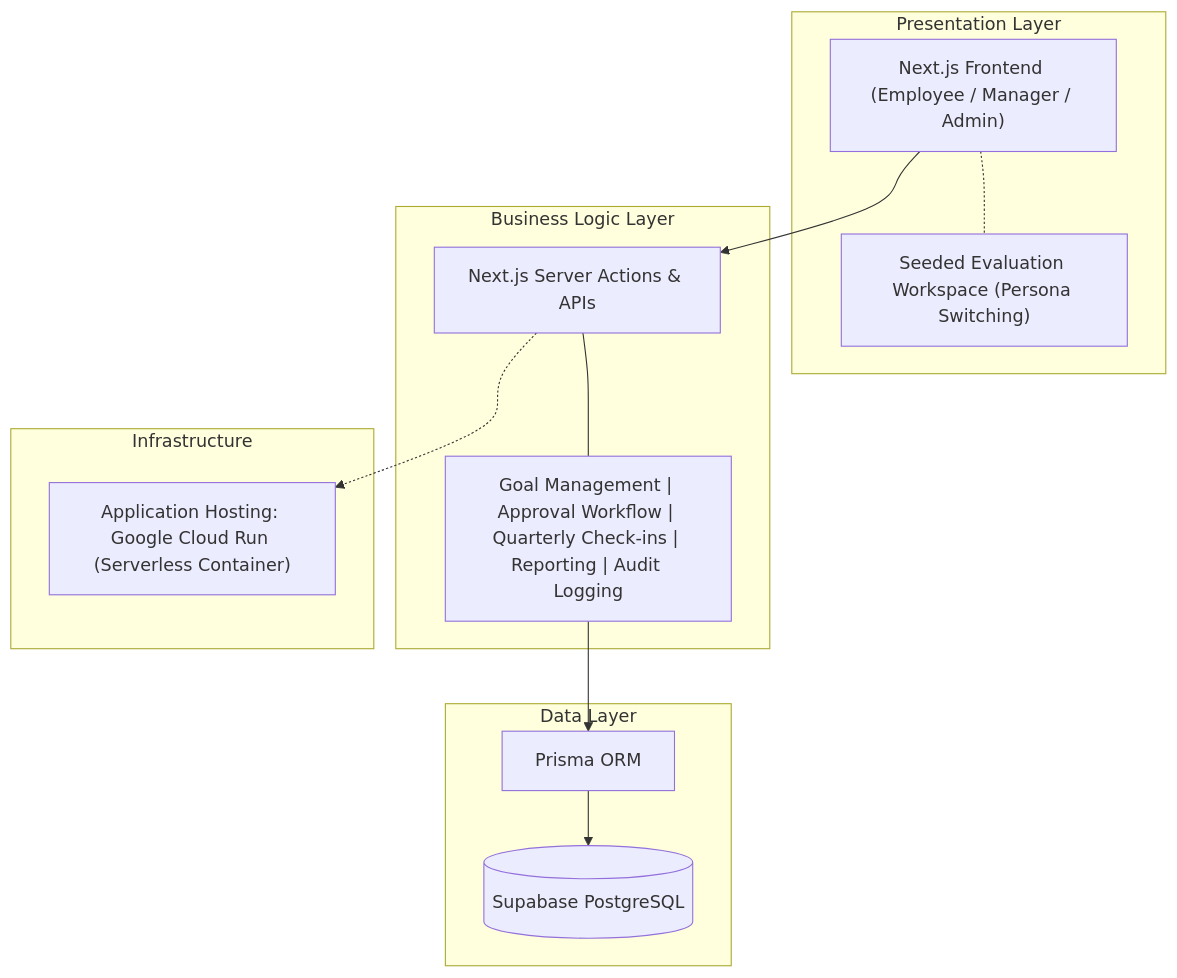
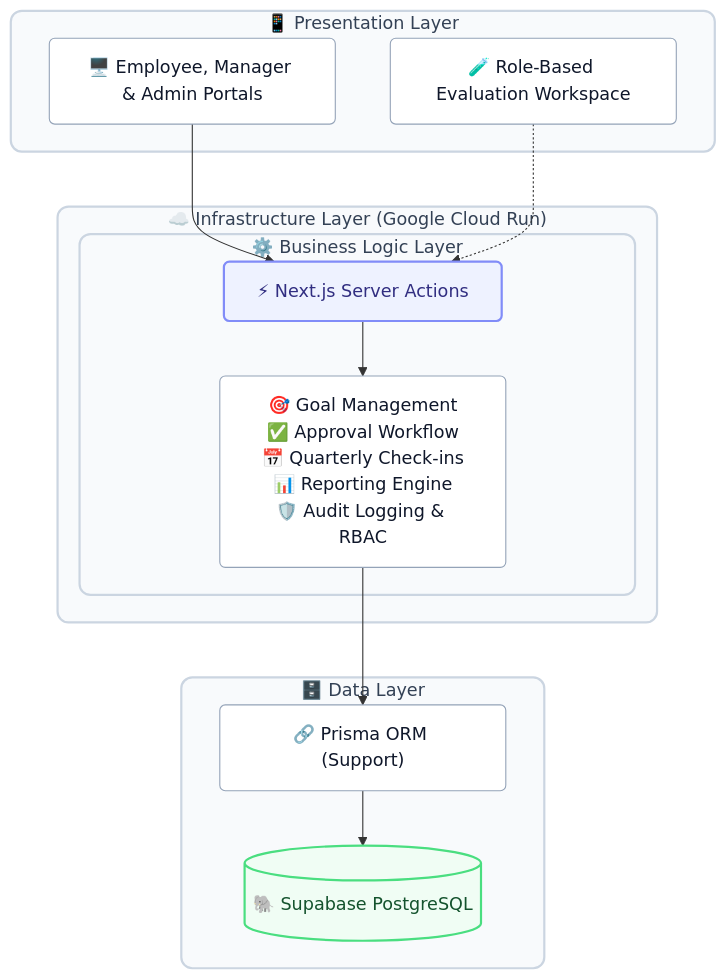
One commit to prakyath006/Velora changed the diagram in README.md. Above: the diagram before and after it, drawn with Mermaid.

Commit message:
Finalize professional architecture diagram with hierarchical UI wrapping and emojis

````diff
--- a/README.md
+++ b/README.md
@@ -12,35 +12,36 @@
 ```mermaid
 graph TD
+    classDef layer fill:#f8fafc,stroke:#cbd5e1,stroke-width:2px,color:#334155,rx:10,ry:10;
+    classDef nodeBox fill:#ffffff,stroke:#94a3b8,stroke-width:1px,color:#0f172a,rx:5,ry:5;
+    classDef accent fill:#eef2ff,stroke:#818cf8,stroke-width:2px,color:#312e81,rx:5,ry:5;
+    classDef db fill:#f0fdf4,stroke:#4ade80,stroke-width:2px,color:#14532d;
+
     %% Presentation Layer
-    subgraph "Presentation Layer"
-        UI["Next.js Frontend (Employee / Manager / Admin)"]
-        Eval["Seeded Evaluation Workspace (Persona Switching)"]
-        UI -.- Eval
+    subgraph Presentation ["📱 Presentation Layer"]
+        UI["🖥️ Employee, Manager & Admin Portals"]:::nodeBox
+        Eval["🧪 Role-Based Evaluation Workspace"]:::nodeBox
     end
 
-    %% Business Logic Layer
-    subgraph "Business Logic Layer"
-        SA["Next.js Server Actions & APIs"]
-        Modules["Goal Management | Approval Workflow | Quarterly Check-ins | Reporting | Audit Logging"]
-        SA --- Modules
+    %% Infrastructure wraps Business Logic
+    subgraph Infra ["☁️ Infrastructure Layer (Google Cloud Run)"]
+        subgraph Logic ["⚙️ Business Logic Layer"]
+            SA["⚡ Next.js Server Actions"]:::accent
+            Modules["🎯 Goal Management<br/>✅ Approval Workflow<br/>📅 Quarterly Check-ins<br/>📊 Reporting Engine<br/>🛡️ Audit Logging & RBAC"]:::nodeBox
+        end
     end
 
     %% Data Layer
-    subgraph "Data Layer"
-        ORM["Prisma ORM"]
-        DB[("Supabase PostgreSQL")]
+    subgraph Data ["🗄️ Data Layer"]
+        ORM["🔗 Prisma ORM (Support)"]:::nodeBox
+        DB[("🐘 Supabase PostgreSQL")]:::db
     end
 
-    %% Infrastructure Hosting
-    subgraph "Infrastructure"
-        GCR["Application Hosting: Google Cloud Run (Serverless Container)"]
-    end
-
-    %% Flow
+    %% Connections
     UI --> SA
+    Eval -.-> SA
+    SA --> Modules
     Modules --> ORM
     ORM --> DB
-    
-    %% Hosting mapping
-    SA -.-> GCR
+
+    class Presentation,Infra,Logic,Data layer;
 ```
````
